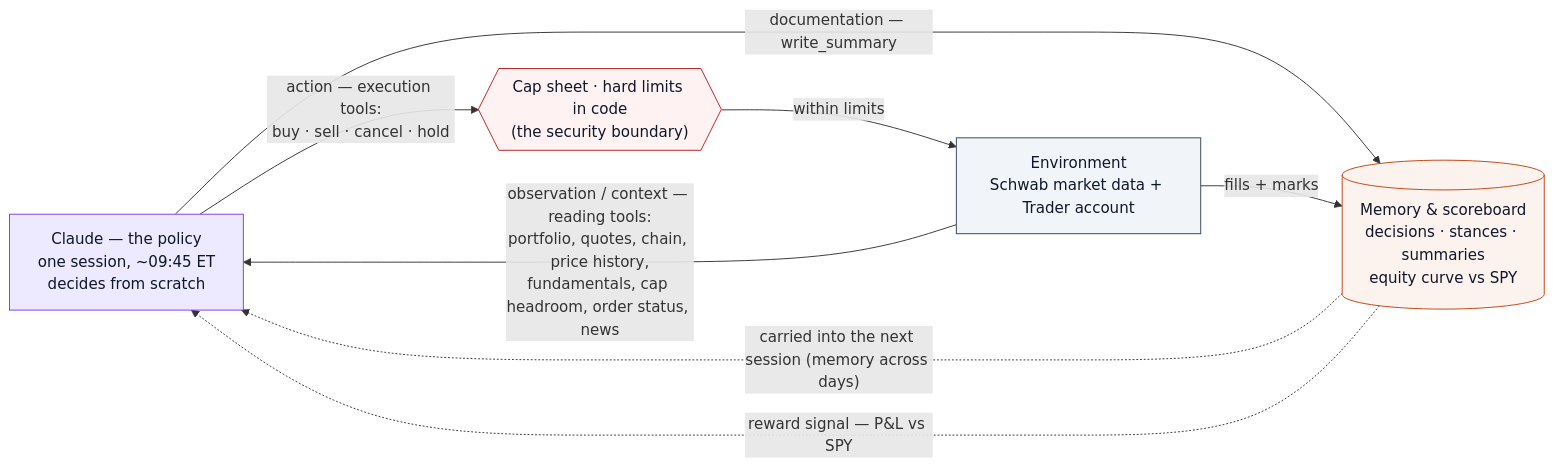
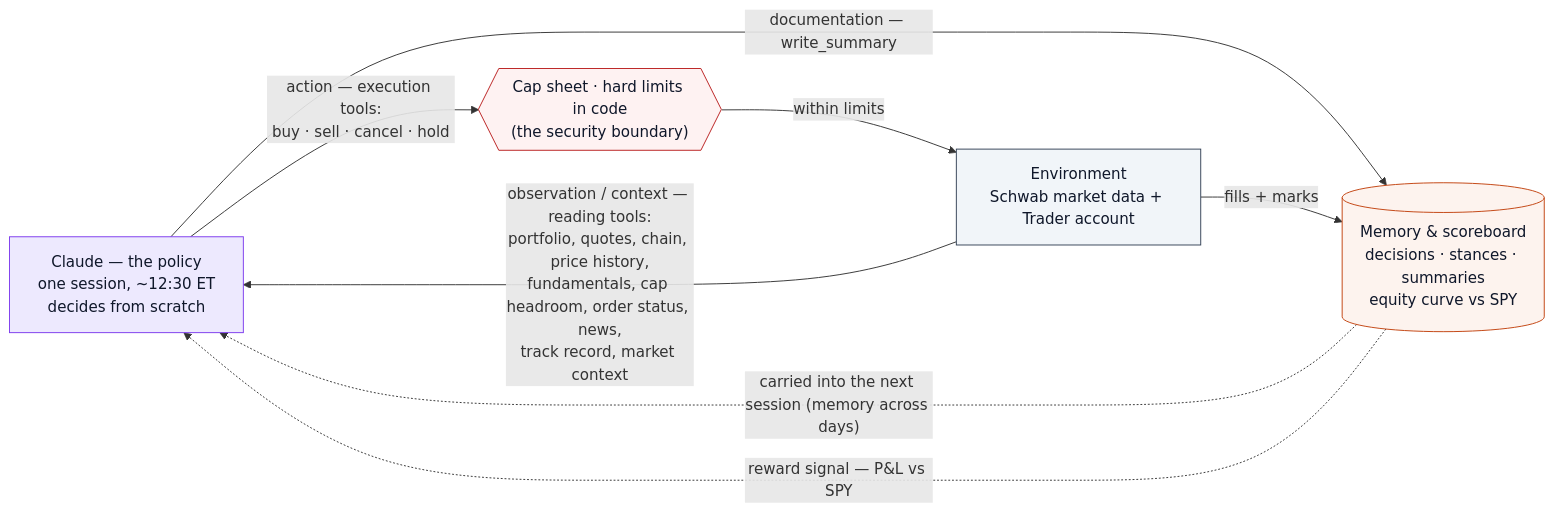
The second of 2 diagrams in README.md (JayceBordelon/vibetradez.com), drawn with Mermaid before and after one commit. The commit also changed other lines of this file and 18 other files, not shown here.

````diff
--- a/README.md
+++ b/README.md
@@ -96,20 +96,20 @@
 ```mermaid
 flowchart LR
     classDef agent fill:#ede9fe,stroke:#7c3aed,color:#0f172a
     classDef env fill:#f1f5f9,stroke:#334155,color:#0f172a
     classDef guard fill:#fef2f2,stroke:#b91c1c,color:#0f172a
     classDef mem fill:#fdf3ee,stroke:#c2410c,color:#0f172a
 
-    AGENT["Claude — the policy<br/>one session, ~09:45 ET<br/>decides from scratch"]:::agent
+    AGENT["Claude — the policy<br/>one session, ~12:30 ET<br/>decides from scratch"]:::agent
     CAPS{{"Cap sheet · hard limits in code<br/>(the security boundary)"}}:::guard
     ENV["Environment<br/>Schwab market data + Trader account"]:::env
     MEM[("Memory &amp; scoreboard<br/>decisions · stances · summaries<br/>equity curve vs SPY")]:::mem
 
-    ENV -->|"observation / context — reading tools:<br/>portfolio, quotes, chain, price history,<br/>fundamentals, cap headroom, order status, news"| AGENT
+    ENV -->|"observation / context — reading tools:<br/>portfolio, quotes, chain, price history,<br/>fundamentals, cap headroom, order status, news,<br/>track record, market context"| AGENT
     AGENT -->|"action — execution tools:<br/>buy · sell · cancel · hold"| CAPS
     CAPS -->|"within limits"| ENV
     AGENT -->|"documentation — write_summary"| MEM
     ENV -->|"fills + marks"| MEM
     MEM -.->|"carried into the next session (memory across days)"| AGENT
     MEM -.->|"reward signal — P&amp;L vs SPY"| AGENT
 ```
````
